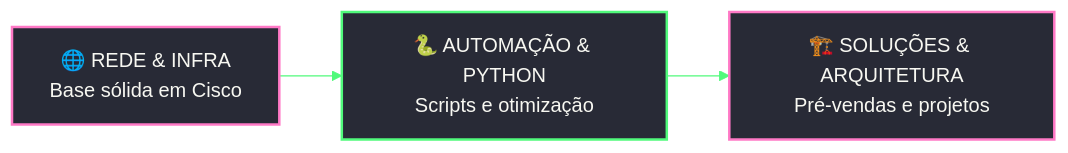
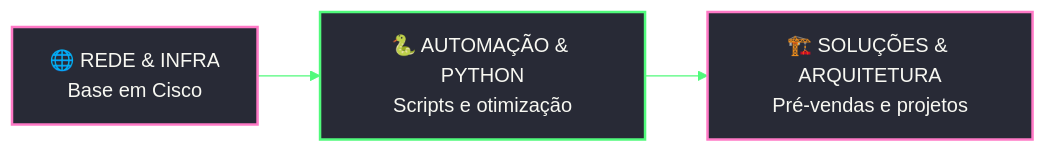
The diagram in readme.md (mg04cat-pixel/mg04cat-pixel), drawn with Mermaid before and after one commit. The commit also changed other lines of this file, not shown here.

````diff
--- a/readme.md
+++ b/readme.md
@@ -125,9 +125,9 @@
 ```mermaid
 %%{init: {'theme':'base','themeVariables':{'primaryColor':'#282a36','primaryTextColor':'#f8f8f2','primaryBorderColor':'#ff79c6','lineColor':'#50fa7b','fontFamily':'monospace'}}}%%
 flowchart LR
-    A["🌐 REDE & INFRA<br/>Base sólida em Cisco"] --> B["🐍 AUTOMAÇÃO & PYTHON<br/>Scripts e otimização"]
+    A["🌐 REDE & INFRA<br/>Base em Cisco"] --> B["🐍 AUTOMAÇÃO & PYTHON<br/>Scripts e otimização"]
     B --> C["🏗️ SOLUÇÕES & ARQUITETURA<br/>Pré-vendas e projetos"]
     style A fill:#282a36,stroke:#ff79c6,stroke-width:2px,color:#f8f8f2
     style B fill:#282a36,stroke:#50fa7b,stroke-width:2px,color:#f8f8f2
     style C fill:#282a36,stroke:#ff79c6,stroke-width:2px,color:#f8f8f2
 ```
````
